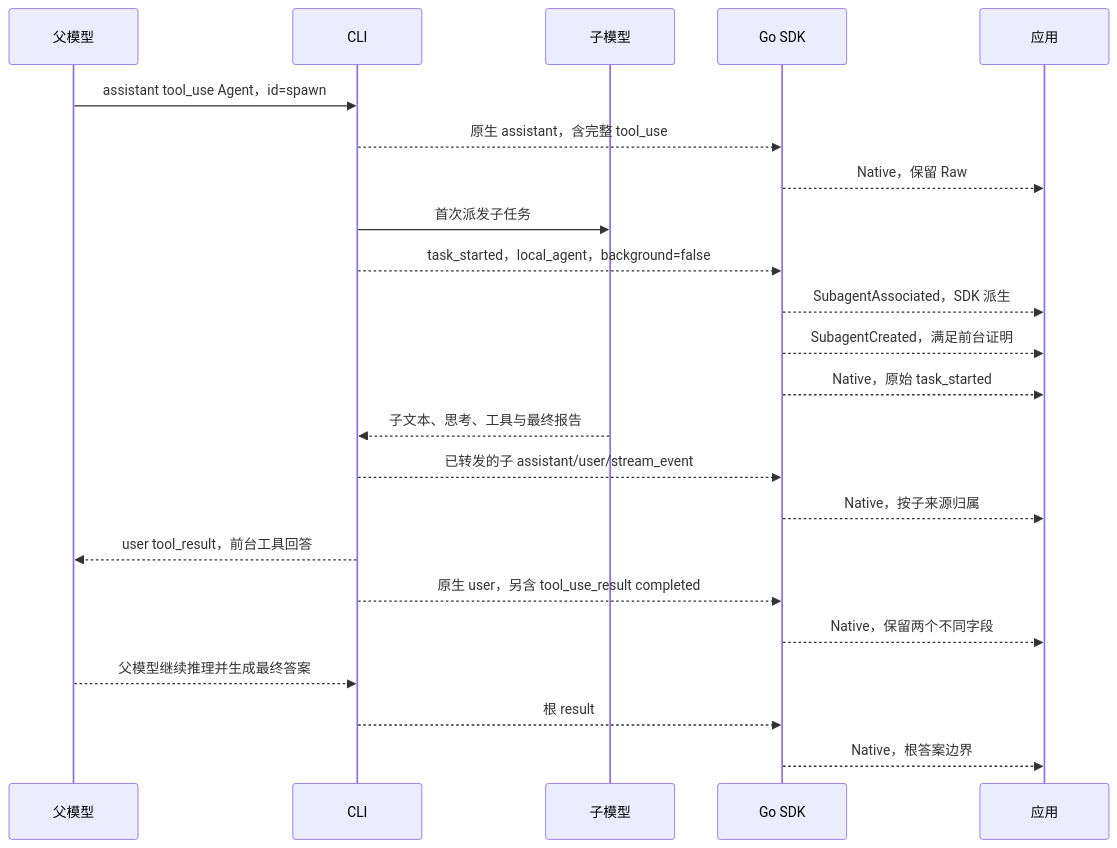
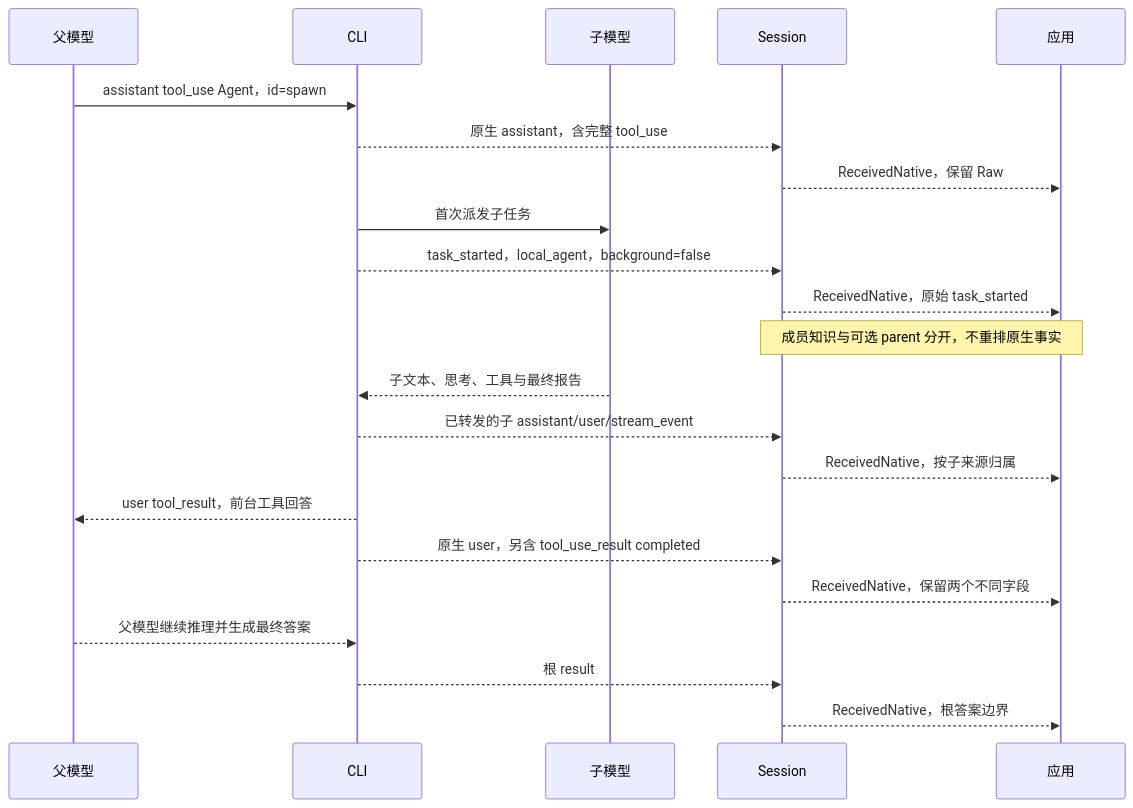
One commit to zoumo/agent-sdk-go changed the diagram in claude/docs/diagrams/foreground.mmd. Above: the diagram before and after it, drawn with Mermaid. The commit also changed 116 other files, not shown here.

First line of the commit message:
refactor(sdk): remove parallel legacy session runtimes

```diff
--- a/claude/docs/diagrams/foreground.mmd
+++ b/claude/docs/diagrams/foreground.mmd
@@ -1,23 +1,22 @@
 sequenceDiagram
     participant P as 父模型
     participant C as CLI
     participant S as 子模型
-    participant G as Go SDK
+    participant G as Session
     participant A as 应用
     P->>C: assistant tool_use Agent，id=spawn
     C-->>G: 原生 assistant，含完整 tool_use
-    G-->>A: Native，保留 Raw
+    G-->>A: ReceivedNative，保留 Raw
     C->>S: 首次派发子任务
     C-->>G: task_started，local_agent，background=false
-    G-->>A: SubagentAssociated，SDK 派生
-    G-->>A: SubagentCreated，满足前台证明
-    G-->>A: Native，原始 task_started
+    G-->>A: ReceivedNative，原始 task_started
+    Note over G,A: 成员知识与可选 parent 分开，不重排原生事实
     S-->>C: 子文本、思考、工具与最终报告
     C-->>G: 已转发的子 assistant/user/stream_event
-    G-->>A: Native，按子来源归属
+    G-->>A: ReceivedNative，按子来源归属
     C-->>P: user tool_result，前台工具回答
     C-->>G: 原生 user，另含 tool_use_result completed
-    G-->>A: Native，保留两个不同字段
+    G-->>A: ReceivedNative，保留两个不同字段
     P-->>C: 父模型继续推理并生成最终答案
     C-->>G: 根 result
-    G-->>A: Native，根答案边界
+    G-->>A: ReceivedNative，根答案边界
```
